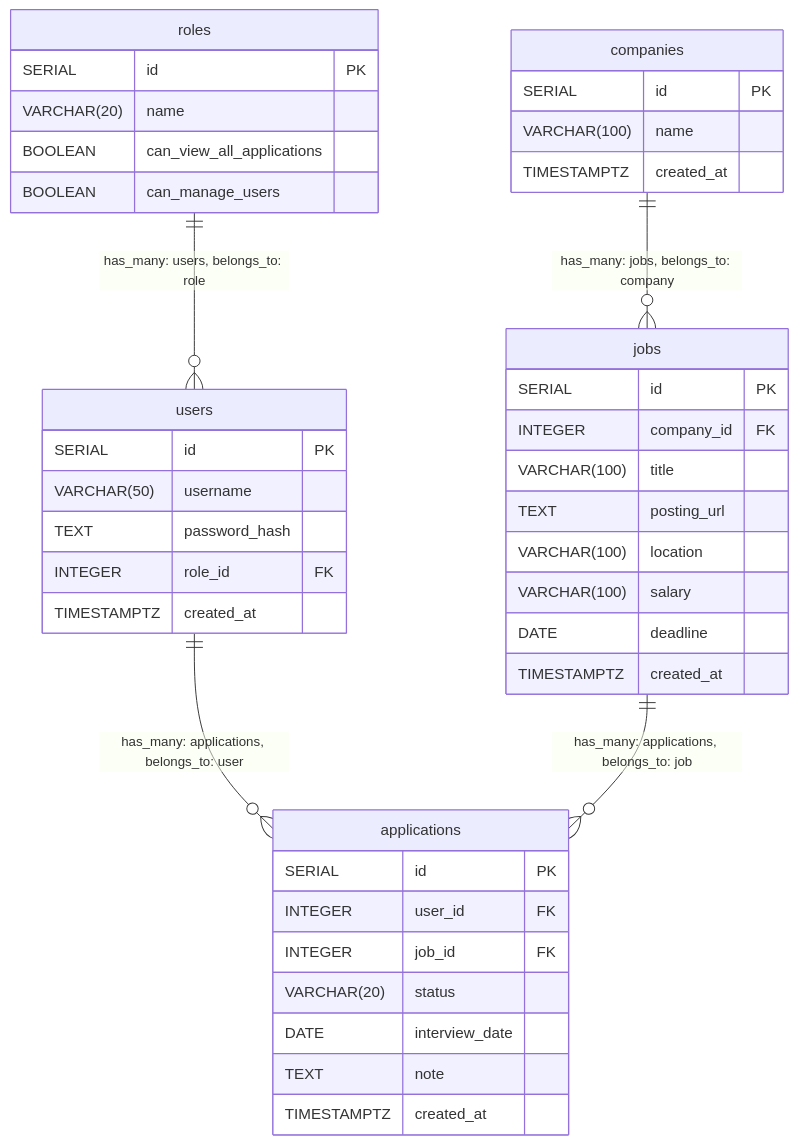
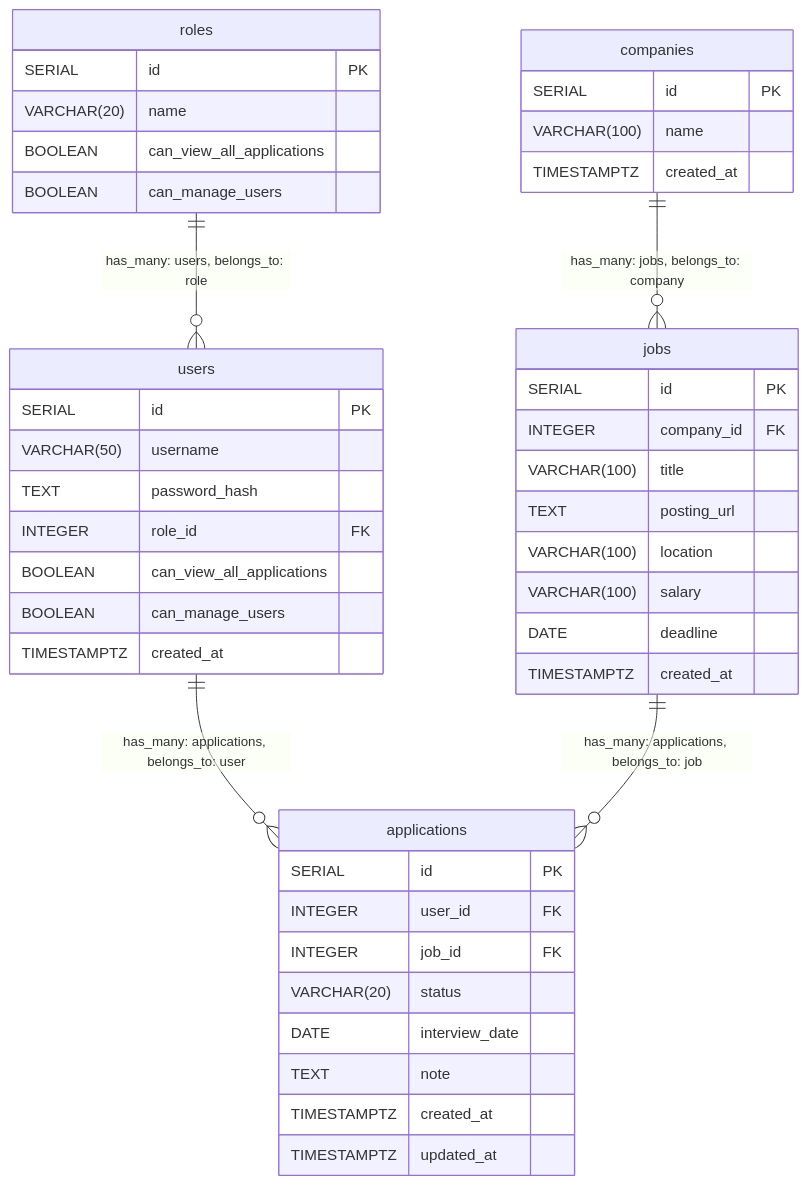
Before and after one commit to RW918/ERB_Group_Project: the diagram in draft/erd.generated.mmd, drawn with Mermaid. The commit also changed 1 other file, not shown here.

Commit message:
docs: regenerate the ERD from erd.sql (issue 27) (#39)
erd.sql gained the per-user permission overrides and applications.updated_at
in #31 and #33; the diagram and its generated .mmd now show both.

```diff
--- a/draft/erd.generated.mmd
+++ b/draft/erd.generated.mmd
@@ -1,57 +1,60 @@
 erDiagram
     %% table name: roles
     %% table comment: 
     roles {
         SERIAL id PK ""
         VARCHAR(20) name  ""
         BOOLEAN can_view_all_applications  ""
         BOOLEAN can_manage_users  ""
     }
 
     %% table name: users
     %% table comment: 
     users {
         SERIAL id PK ""
         VARCHAR(50) username  ""
         TEXT password_hash  ""
         INTEGER role_id FK ""
+        BOOLEAN can_view_all_applications  ""
+        BOOLEAN can_manage_users  ""
         TIMESTAMPTZ created_at  ""
     }
 
     %% table name: companies
     %% table comment: 
     companies {
         SERIAL id PK ""
         VARCHAR(100) name  ""
         TIMESTAMPTZ created_at  ""
     }
 
     %% table name: jobs
     %% table comment: 
     jobs {
         SERIAL id PK ""
         INTEGER company_id FK ""
         VARCHAR(100) title  ""
         TEXT posting_url  ""
         VARCHAR(100) location  ""
         VARCHAR(100) salary  ""
         DATE deadline  ""
         TIMESTAMPTZ created_at  ""
     }
 
     %% table name: applications
     %% table comment: 
     applications {
         SERIAL id PK ""
         INTEGER user_id FK ""
         INTEGER job_id FK ""
         VARCHAR(20) status  ""
         DATE interview_date  ""
         TEXT note  ""
         TIMESTAMPTZ created_at  ""
+        TIMESTAMPTZ updated_at  ""
     }
 
     roles ||--o{ users : "has_many: users, belongs_to: role"
     companies ||--o{ jobs : "has_many: jobs, belongs_to: company"
     users ||--o{ applications : "has_many: applications, belongs_to: user"
     jobs ||--o{ applications : "has_many: applications, belongs_to: job"
```
